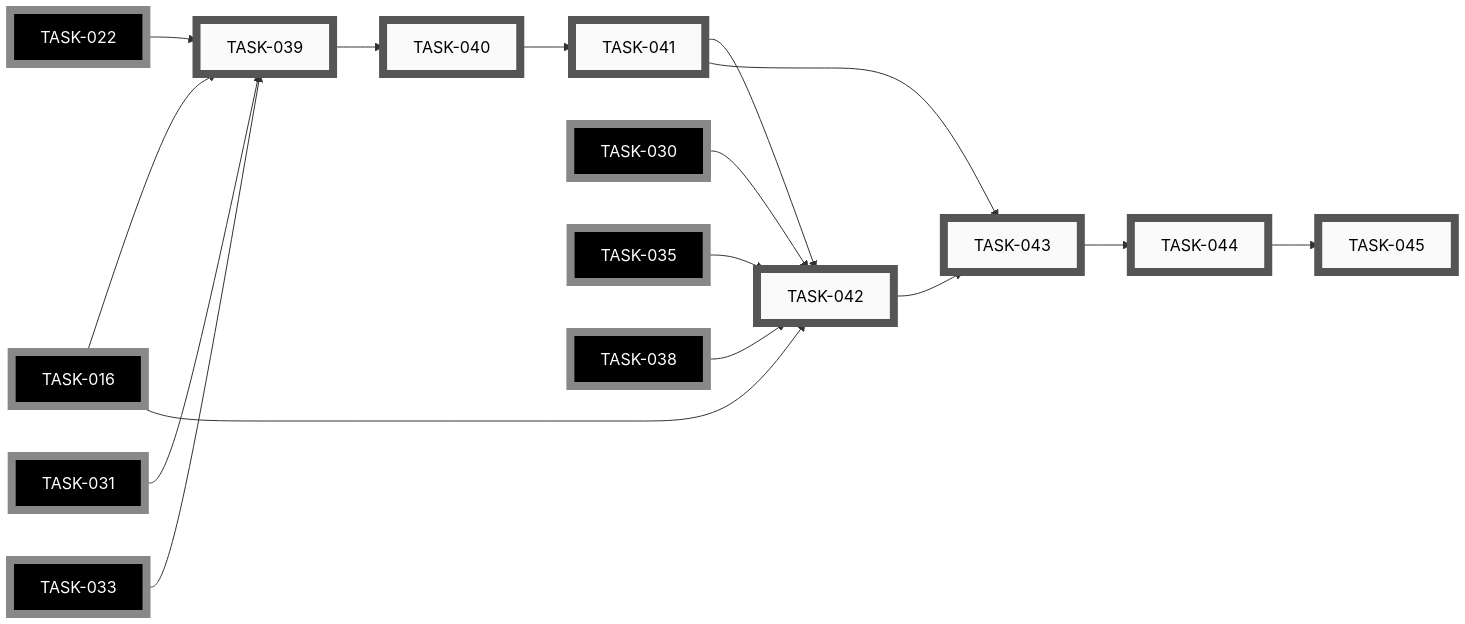
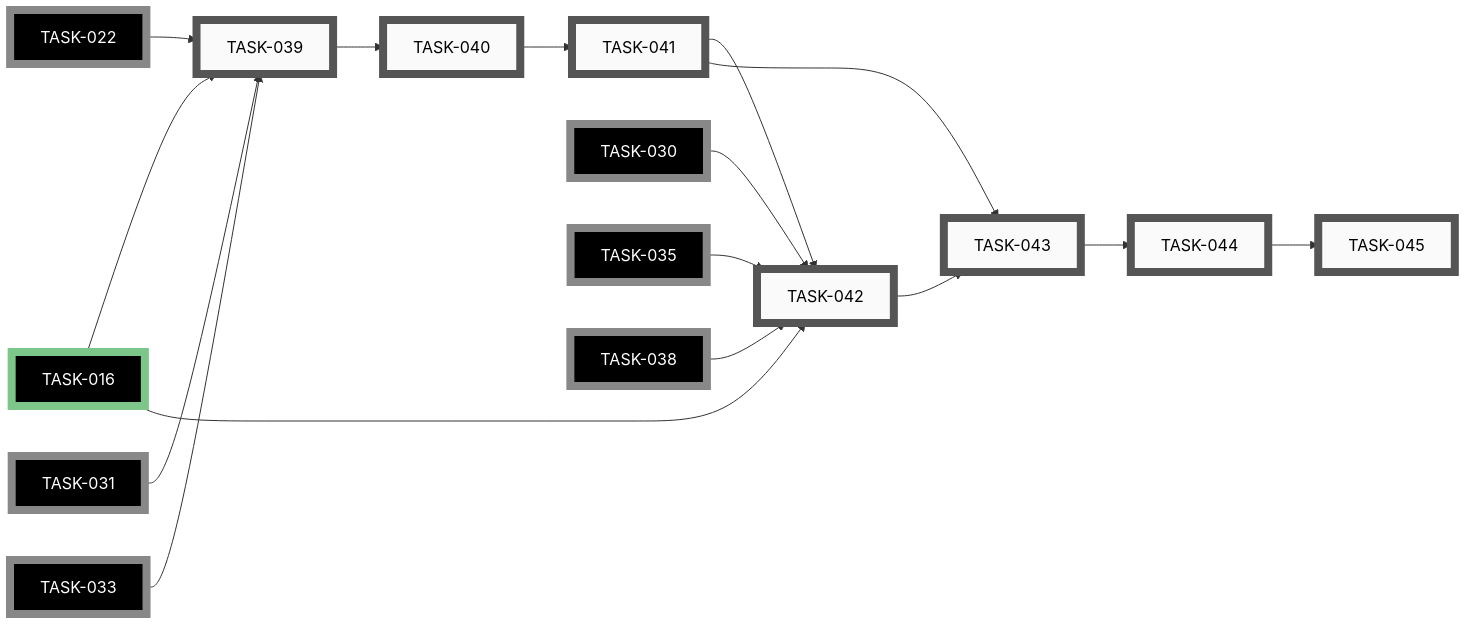
Before and after one commit to tgd1975/CircuitSmith: the sixth of 11 diagrams in docs/developers/tasks/EPICS.md, drawn with Mermaid. The commit also changed other lines of this file and 100 other files, not shown here.

First line of the commit message:
close EPIC-002: Circuit Skill — Renderer and Layout Engine

````diff
--- a/docs/developers/tasks/EPICS.md
+++ b/docs/developers/tasks/EPICS.md
@@ -350,54 +351,54 @@
 ```mermaid
 graph LR
     TASK_039["TASK-039"]:::open
     TASK_040["TASK-040"]:::open
     TASK_041["TASK-041"]:::open
     TASK_042["TASK-042"]:::open
     TASK_043["TASK-043"]:::open
     TASK_044["TASK-044"]:::open
     TASK_045["TASK-045"]:::open
-    TASK_016["TASK-016"]:::openExt
+    TASK_016["TASK-016"]:::closedExt
     TASK_022["TASK-022"]:::openExt
     TASK_030["TASK-030"]:::openExt
     TASK_031["TASK-031"]:::openExt
     TASK_033["TASK-033"]:::openExt
     TASK_035["TASK-035"]:::openExt
     TASK_038["TASK-038"]:::openExt
     TASK_022 --> TASK_039
     TASK_031 --> TASK_039
     TASK_033 --> TASK_039
     TASK_016 --> TASK_039
     TASK_039 --> TASK_040
     TASK_040 --> TASK_041
     TASK_016 --> TASK_042
     TASK_030 --> TASK_042
     TASK_035 --> TASK_042
     TASK_038 --> TASK_042
     TASK_041 --> TASK_042
     TASK_041 --> TASK_043
     TASK_042 --> TASK_043
     TASK_043 --> TASK_044
     TASK_044 --> TASK_045
     click TASK_039 "open/task-039-write-skill-md-system-prompt.md"
     click TASK_040 "open/task-040-register-skill-in-vibe-config.md"
     click TASK_041 "open/task-041-run-five-acceptance-tests.md"
     click TASK_042 "open/task-042-finalise-skill-docs.md"
     click TASK_043 "open/task-043-create-standalone-circuit-skill-repo.md"
     click TASK_044 "open/task-044-extract-skill-commit-history.md"
     click TASK_045 "open/task-045-replace-skill-dir-with-pinned-copy.md"
-    click TASK_016 "open/task-016-write-renderer-and-layout-docs.md"
+    click TASK_016 "closed/task-016-write-renderer-and-layout-docs.md"
     click TASK_022 "open/task-022-implement-erc-engine.md"
     click TASK_030 "open/task-030-write-erc-checks-reference-doc.md"
     click TASK_031 "open/task-031-implement-bom-exporter.md"
     click TASK_033 "open/task-033-implement-netlist-exporter.md"
     click TASK_035 "open/task-035-extend-ci-and-docs-for-exporters.md"
     click TASK_038 "open/task-038-update-pre-commit-hook-for-circuit-yml.md"
     classDef open    fill:#FAFAFA,stroke:#555,stroke-width:8px,color:#000
     classDef active  fill:#FAFAFA,stroke:#1A6FA8,stroke-width:8px,color:#000
     classDef closed  fill:#FAFAFA,stroke:#3F8B53,stroke-width:8px,color:#000
     classDef paused  fill:#FAFAFA,stroke:#B07810,stroke-width:8px,color:#000
     classDef openExt    fill:#000,stroke:#888,stroke-width:8px,color:#FFF
     classDef activeExt  fill:#000,stroke:#3FA9F5,stroke-width:8px,color:#FFF
     classDef closedExt  fill:#000,stroke:#7CC68A,stroke-width:8px,color:#FFF
     classDef pausedExt  fill:#000,stroke:#F0B030,stroke-width:8px,color:#FFF
 ```
````
